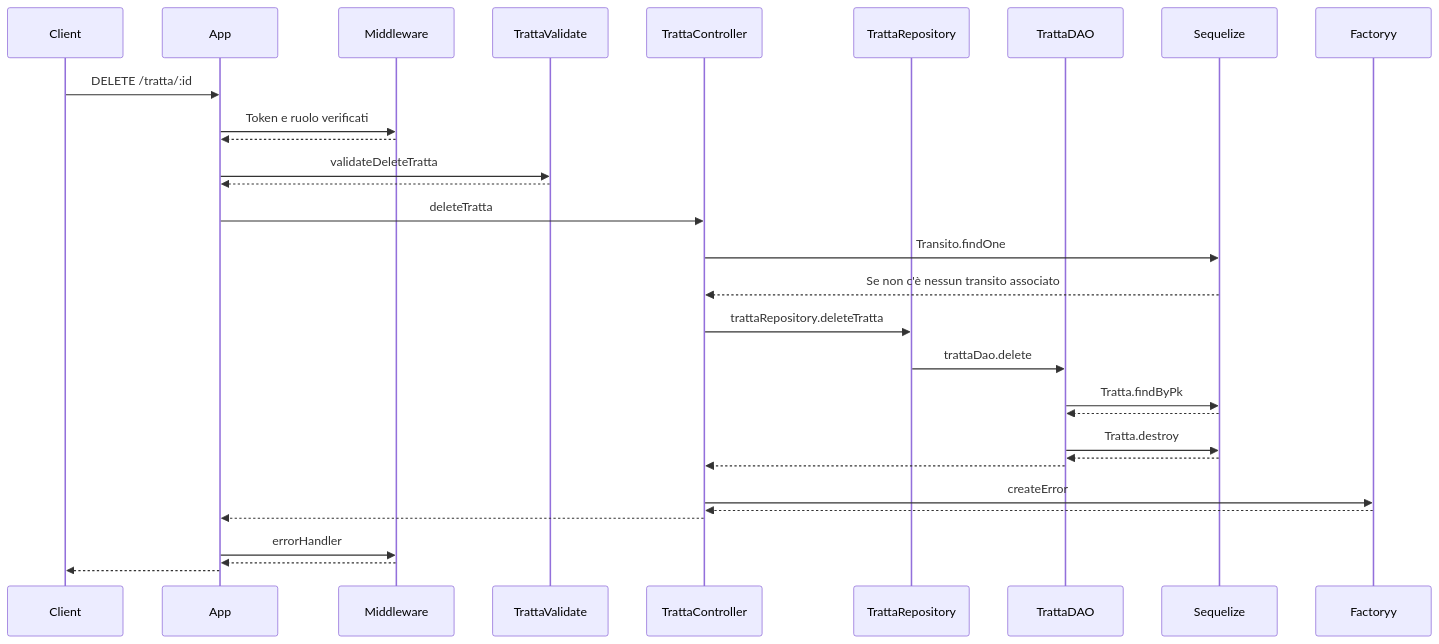
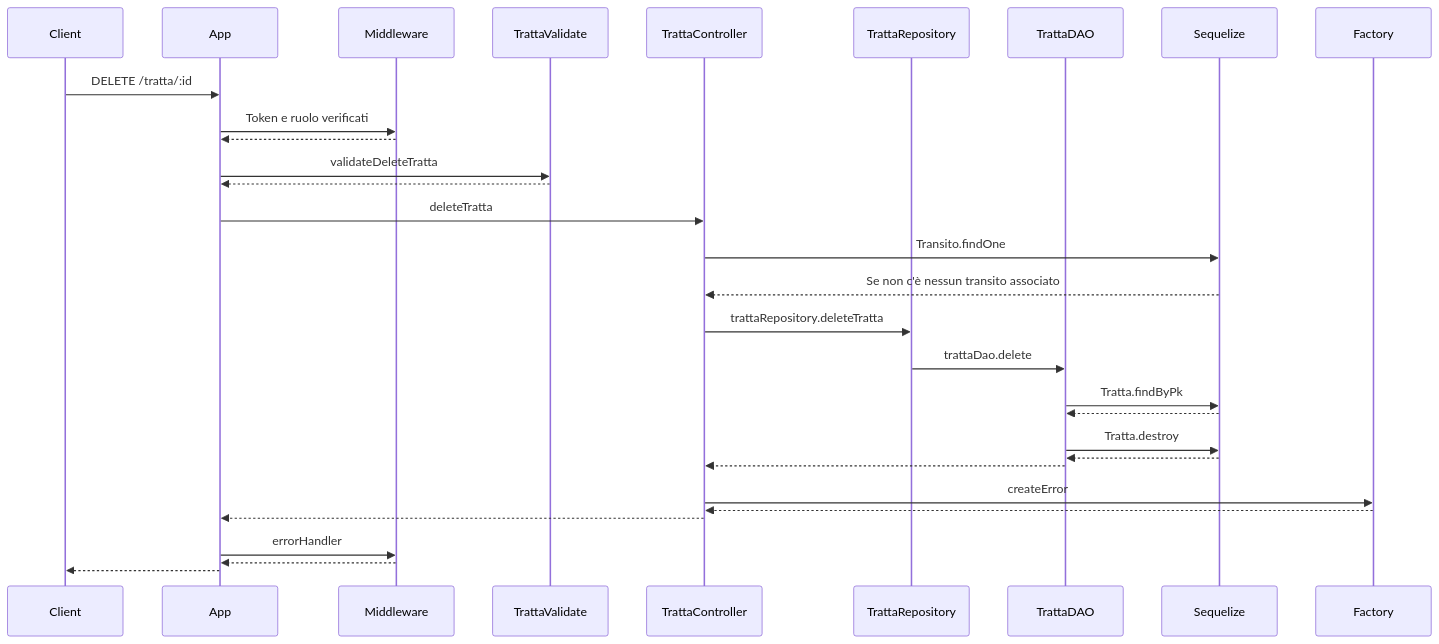
The seventh of 9 diagrams in README.md (MattSona99/ProgettoPA), drawn with Mermaid before and after one commit. The commit also changed other lines of this file, not shown here.

````diff
--- a/README.md
+++ b/README.md
@@ -403,34 +403,34 @@
 ```mermaid
 sequenceDiagram
   participant C as Client
   participant A as App
   participant M as Middleware
   participant V as TrattaValidate
   participant CN as TrattaController
   participant R as TrattaRepository
   participant TD as TrattaDAO
   participant S as Sequelize
-  participant F as Factoryy
+  participant F as Factory
 
   C ->> A: DELETE /tratta/:id
   A ->> M: Token e ruolo verificati
   M -->> A: 
   A ->> V: validateDeleteTratta
   V -->> A: 
   A ->> CN: deleteTratta
   CN ->> S: Transito.findOne
   S -->> CN: Se non c'è nessun transito associato
   CN ->> R: trattaRepository.deleteTratta
   R ->> TD: trattaDao.delete
   TD ->> S: Tratta.findByPk
   S -->> TD: 
   TD ->> S: Tratta.destroy
   S -->> TD: 
   TD -->> CN: 
   CN ->> F: createError
   F -->> CN: 
   CN -->> A: 
   A ->> M: errorHandler
   M -->> A: 
   A -->> C: 
 ```
````
